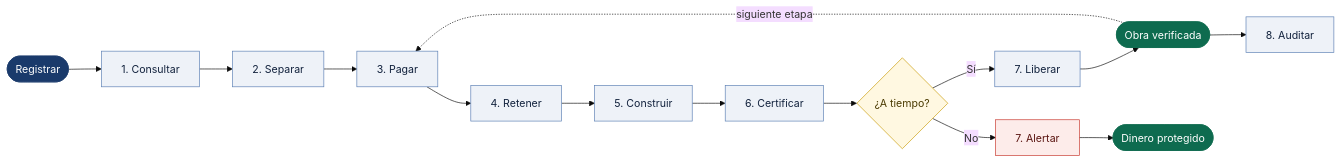
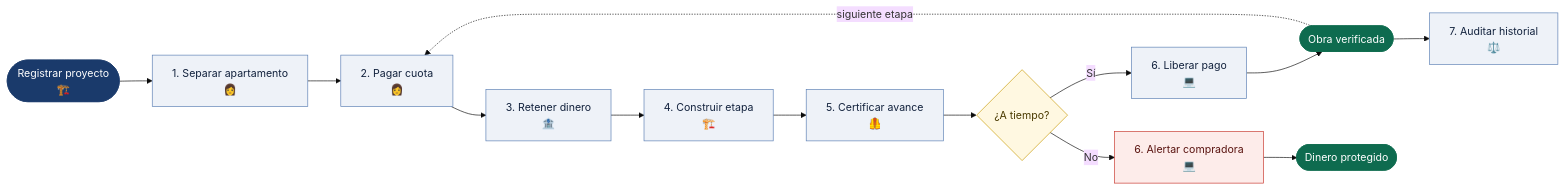
The diagram in docs/Semana2/ProductBlueprint.md (ViviendaStellar/Proyecto_Vivienda_Stellar), drawn with Mermaid (base theme) before and after one commit. The commit also changed other lines of this file, not shown here.

````diff
--- a/docs/Semana2/ProductBlueprint.md
+++ b/docs/Semana2/ProductBlueprint.md
@@ -54,20 +54,20 @@
 ```mermaid
 flowchart LR
-    E(["Registrar"]) --> P1["1. Consultar"] --> P2["2. Separar"] --> P3["3. Pagar"] --> P4["4. Retener"] --> P5["5. Construir"] --> P6["6. Certificar"] --> D{"¿A tiempo?"}
-    D -- Sí --> P7["7. Liberar"] --> S1(["Obra verificada"])
-    D -- No --> AL["7. Alertar"] --> S2(["Dinero protegido"])
-    S1 --> P8["8. Auditar"]
-    S1 -. siguiente etapa .-> P3
+    E(["Registrar proyecto<br/>🏗️"]) --> P1["1. Separar apartamento<br/>👩"] --> P2["2. Pagar cuota<br/>👩"] --> P3["3. Retener dinero<br/>🏦"] --> P4["4. Construir etapa<br/>🏗️"] --> P5["5. Certificar avance<br/>🦺"] --> D{"¿A tiempo?"}
+    D -- Sí --> P6["6. Liberar pago<br/>💻"] --> S1(["Obra verificada"])
+    D -- No --> AL["6. Alertar compradora<br/>💻"] --> S2(["Dinero protegido"])
+    S1 --> P7["7. Auditar historial<br/>⚖️"]
+    S1 -. siguiente etapa .-> P2
 
     classDef extremo fill:#1A3A6B,stroke:#1A3A6B,color:#FFFFFF
     classDef paso fill:#EEF2F8,stroke:#5B7FB4,color:#12223D
     classDef decision fill:#FFF8E1,stroke:#C99A06,color:#4A3A00
     classDef alerta fill:#FDECEA,stroke:#C8372D,color:#5A1410
     classDef salida fill:#0E6B4F,stroke:#0E6B4F,color:#FFFFFF
 
     class E extremo
-    class P1,P2,P3,P4,P5,P6,P7,P8 paso
+    class P1,P2,P3,P4,P5,P6,P7 paso
     class D decision
     class AL alerta
     class S1,S2 salida
 ```
````
